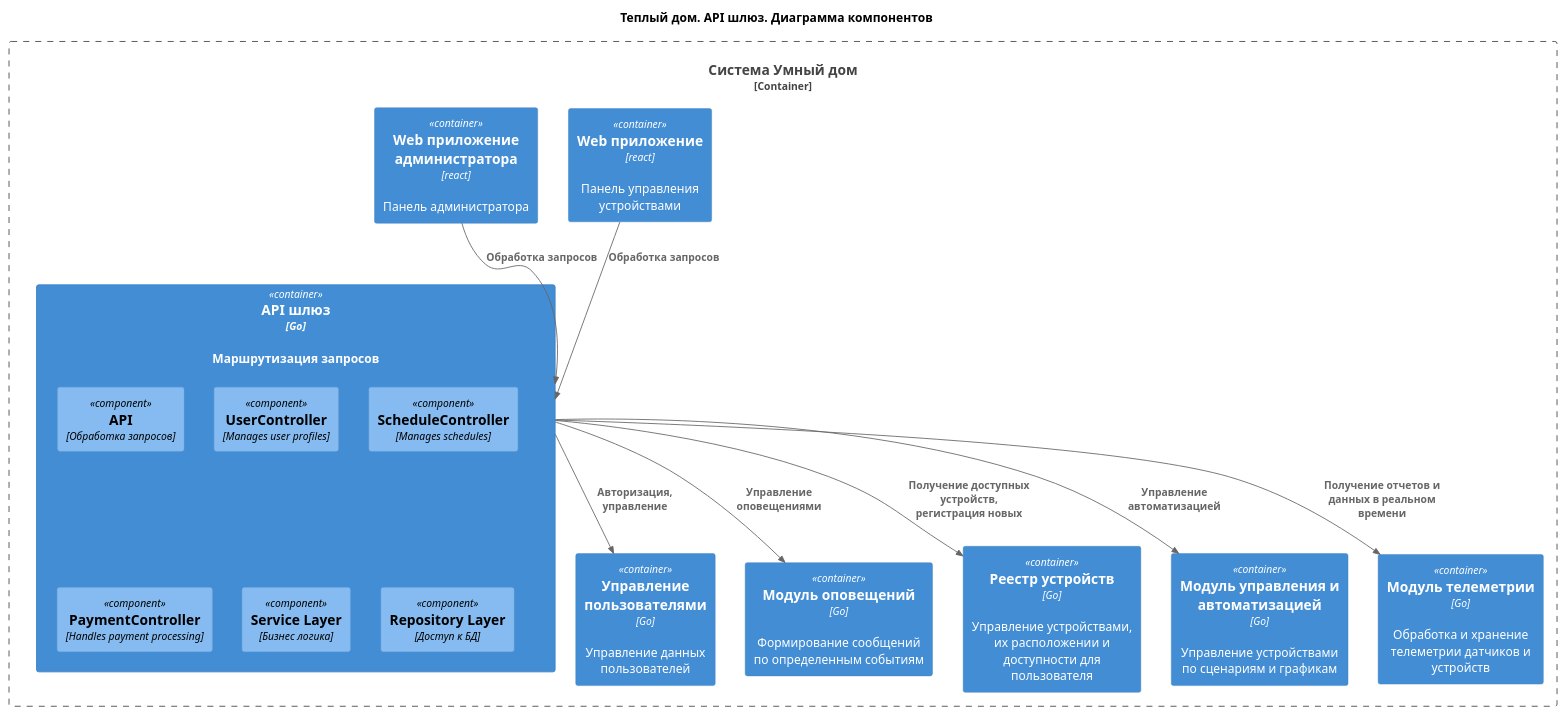
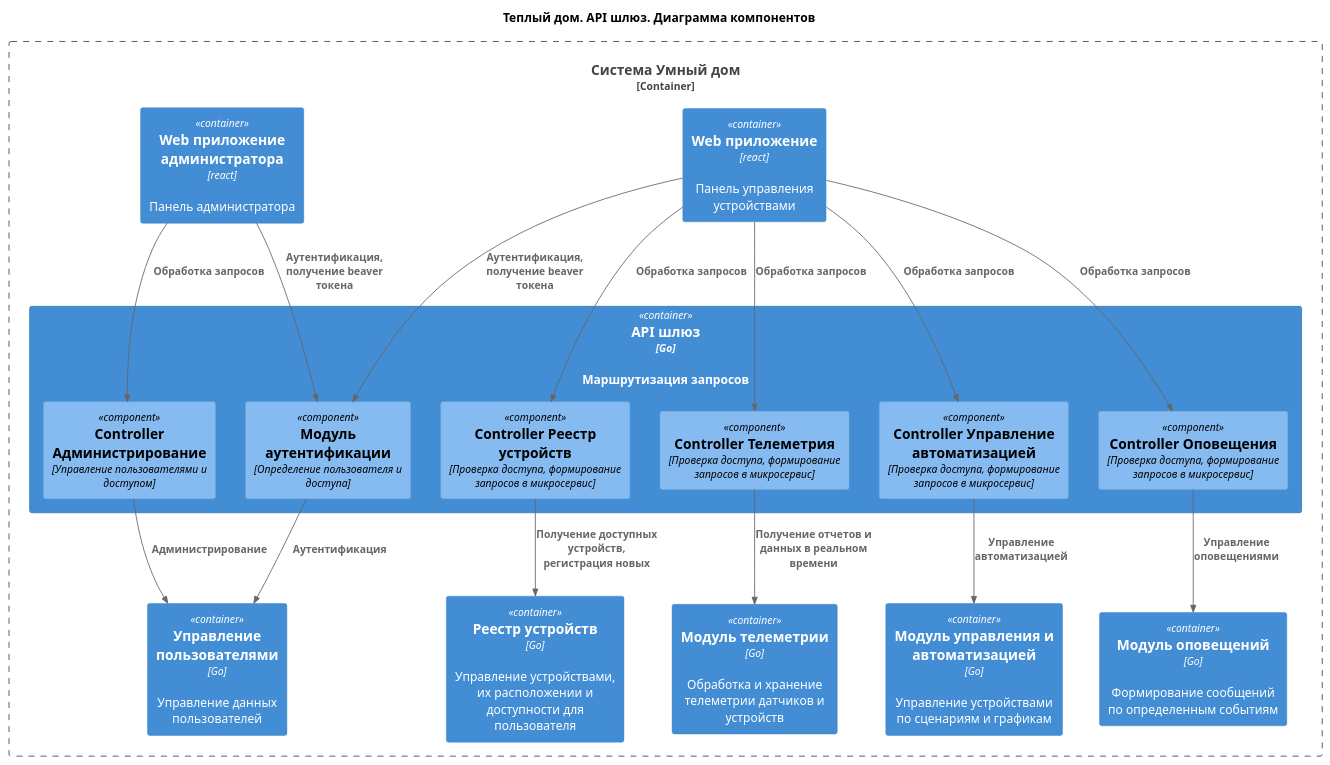
One commit to binaril/architecture-warmhouse changed the diagram in diagrams/C4.Component.GateWay.puml. Above: the diagram before and after it, drawn with PlantUML. The commit also changed 7 other files, not shown here.

```diff
--- a/diagrams/C4.Component.GateWay.puml
+++ b/diagrams/C4.Component.GateWay.puml
@@ -1,36 +1,43 @@
 @startuml
 title Теплый дом. API шлюз. Диаграмма компонентов
 
 top to bottom direction
 
 !includeurl https://raw.githubusercontent.com/RicardoNiepel/C4-PlantUML/master/C4_Component.puml
 
 
 Container_Boundary(SmartHouse, "Система Умный дом") {
   Container(WebApp, "Web приложение", "react", "Панель управления устройствами")
   Container(WebAppAdmin, "Web приложение администратора", "react", "Панель администратора")
   Container(GateWay, "API шлюз", "Go", "Маршрутизация запросов")
   Container(UserAccess, "Управление пользователями", "Go", "Управление данных пользователей")
   Container(Notification, "Модуль оповещений", "Go", "Формирование сообщений по определенным событиям")
   Container(DeviceRepository, "Реестр устройств", "Go", "Управление устройствами, их расположении и доступности для пользователя")
   Container(Automatic, "Модуль управления и автоматизацией", "Go", "Управление устройствами по сценариям и графикам")
   Container(Telemetry, "Модуль телеметрии", "Go", "Обработка и хранение телеметрии датчиков и устройств")
 }
 
 Container(GateWay, "API шлюз", "Go") {
-  Component(ApiHandler, "API", "Обработка запросов")
-  Component(PollingCircle, "UserController", "Manages user profiles")
-  Component(ScheduleController, "ScheduleController", "Manages schedules")
-  Component(PaymentController, "PaymentController", "Handles payment processing")
-  Component(Aggragator, "Service Layer", "Бизнес логика")
-  Component(RepositoryLayer, "Repository Layer", "Доступ к БД")
+  Component(AuthenticationModule, "Модуль аутентификации", "Определение пользователя и доступа")
+  Component(TelemetryController, "Controller Телеметрия", "Проверка доступа, формирование запросов в микросервис")
+  Component(AutomaticController, "Controller Управление автоматизацией", "Проверка доступа, формирование запросов в микросервис")
+  Component(NotificationController, "Controller Оповещения", "Проверка доступа, формирование запросов в микросервис")
+  Component(DeviceRepositoryController, "Controller Реестр устройств", "Проверка доступа, формирование запросов в микросервис")
+  Component(UserAccessController, "Controller Администрирование", "Управление пользователями и доступом")
 }
 
-Rel(WebApp, GateWay, "Обработка запросов")
-Rel(WebAppAdmin, GateWay, "Обработка запросов")
-Rel(GateWay, UserAccess, "Авторизация, управление")
-Rel(GateWay, Telemetry, "Получение отчетов и данных в реальном времени")
-Rel(GateWay, Automatic, "Управление автоматизацией")
-Rel(GateWay, Notification, "Управление оповещениями")
-Rel(GateWay, DeviceRepository, "Получение доступных устройств, регистрация новых")
+Rel(WebApp, AuthenticationModule, "Аутентификация, получение beaver токена")
+
+Rel(WebApp, TelemetryController, "Обработка запросов")
+Rel(WebApp, AutomaticController, "Обработка запросов")
+Rel(WebApp, NotificationController, "Обработка запросов")
+Rel(WebApp, DeviceRepositoryController, "Обработка запросов")
+Rel(WebAppAdmin, AuthenticationModule, "Аутентификация, получение beaver токена")
+Rel(WebAppAdmin, UserAccessController, "Обработка запросов")
+Rel(AuthenticationModule, UserAccess, "Аутентификация")
+Rel(UserAccessController, UserAccess, "Администрирование")
+Rel(TelemetryController, Telemetry, "Получение отчетов и данных в реальном времени")
+Rel(AutomaticController, Automatic, "Управление автоматизацией")
+Rel(NotificationController, Notification, "Управление оповещениями")
+Rel(DeviceRepositoryController, DeviceRepository, "Получение доступных устройств, регистрация новых")
 @enduml
```
